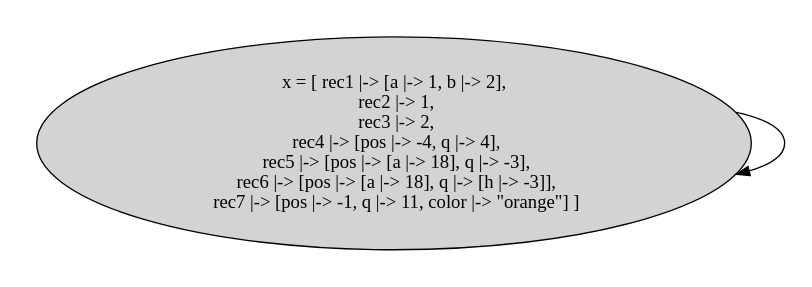
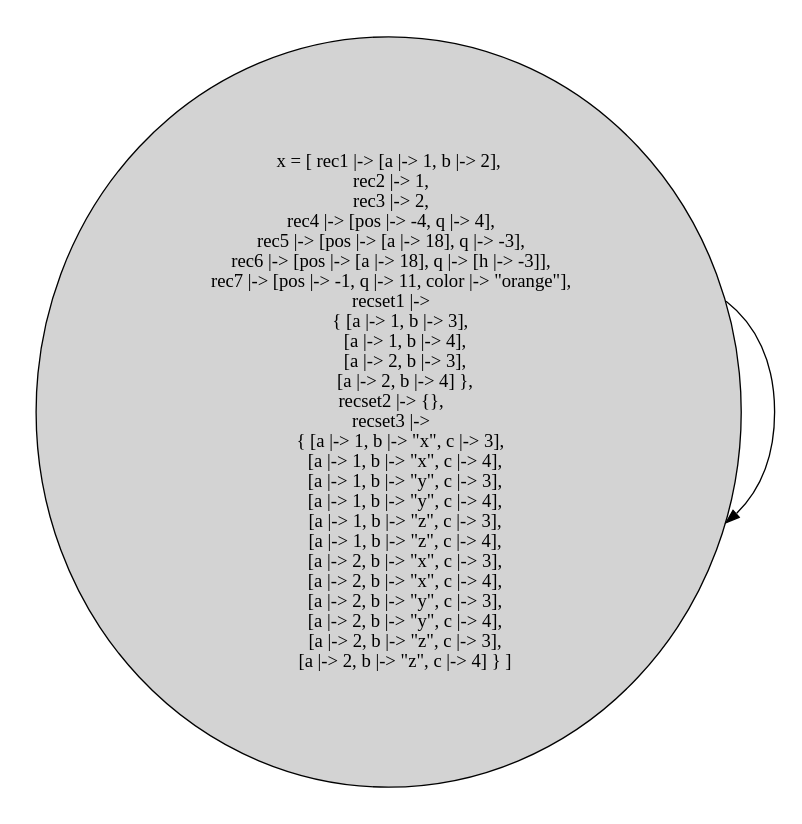
Before and after one commit to will62794/tla-web: the diagram in specs/with_state_graphs/simple_record.tla.dot, drawn with Graphviz. The commit also changed 3 other files, not shown here.

```diff
--- a/specs/with_state_graphs/simple_record.tla.dot
+++ b/specs/with_state_graphs/simple_record.tla.dot
@@ -1,9 +1,9 @@
 strict digraph DiskGraph {
 nodesep=0.35;
 subgraph cluster_graph {
 color="white";
-8197327334915441840 [label="x = [ rec1 |-> [a |-> 1, b |-> 2],\n  rec2 |-> 1,\n  rec3 |-> 2,\n  rec4 |-> [pos |-> -4, q |-> 4],\n  rec5 |-> [pos |-> [a |-> 18], q |-> -3],\n  rec6 |-> [pos |-> [a |-> 18], q |-> [h |-> -3]],\n  rec7 |-> [pos |-> -1, q |-> 11, color |-> \"orange\"] ]",style = filled]
-8197327334915441840 -> 8197327334915441840 [label="",color="black",fontcolor="black"];
-{rank = same; 8197327334915441840;}
+-7658035160243480487 [label="x = [ rec1 |-> [a |-> 1, b |-> 2],\n  rec2 |-> 1,\n  rec3 |-> 2,\n  rec4 |-> [pos |-> -4, q |-> 4],\n  rec5 |-> [pos |-> [a |-> 18], q |-> -3],\n  rec6 |-> [pos |-> [a |-> 18], q |-> [h |-> -3]],\n  rec7 |-> [pos |-> -1, q |-> 11, color |-> \"orange\"],\n  recset1 |->\n      { [a |-> 1, b |-> 3],\n        [a |-> 1, b |-> 4],\n        [a |-> 2, b |-> 3],\n        [a |-> 2, b |-> 4] },\n  recset2 |-> {},\n  recset3 |->\n      { [a |-> 1, b |-> \"x\", c |-> 3],\n        [a |-> 1, b |-> \"x\", c |-> 4],\n        [a |-> 1, b |-> \"y\", c |-> 3],\n        [a |-> 1, b |-> \"y\", c |-> 4],\n        [a |-> 1, b |-> \"z\", c |-> 3],\n        [a |-> 1, b |-> \"z\", c |-> 4],\n        [a |-> 2, b |-> \"x\", c |-> 3],\n        [a |-> 2, b |-> \"x\", c |-> 4],\n        [a |-> 2, b |-> \"y\", c |-> 3],\n        [a |-> 2, b |-> \"y\", c |-> 4],\n        [a |-> 2, b |-> \"z\", c |-> 3],\n        [a |-> 2, b |-> \"z\", c |-> 4] } ]",style = filled]
+-7658035160243480487 -> -7658035160243480487 [label="",color="black",fontcolor="black"];
+{rank = same; -7658035160243480487;}
 }
 }
```
